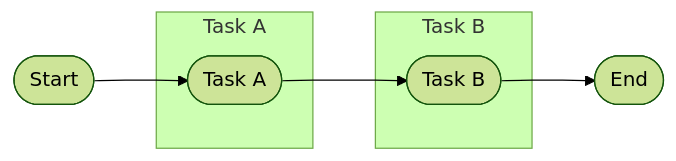
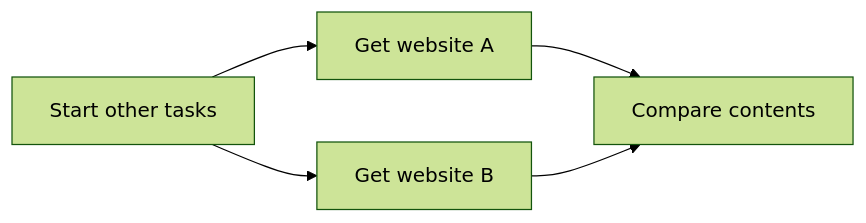
Before and after one commit to Fios-Quest/idiomatic-rust-in-simple-steps: the second of 2 diagrams in src/language-basics/async.md, drawn with Mermaid (forest theme). The commit also changed other lines of this file, not shown here.

Commit message:
feat(async): added to Pin and reworked tasks section

````diff
--- a/src/language-basics/async.md
+++ b/src/language-basics/async.md
@@ -179,15 +197,12 @@
 ```mermaid
 flowchart LR
-    S([Start])
-    subgraph Task A
-        A([Task A])
-    end
-    subgraph Task B
-        B([Task B])
-    end
-    E([End])
+    A[Start other tasks]
+    B[Get website A]
+    C[Get website B]
+    D[Compare contents]
 
-    S --> A
     A --> B
-    B --> E
+    A --> C
+    B --> D
+    C --> D
 ```
````
